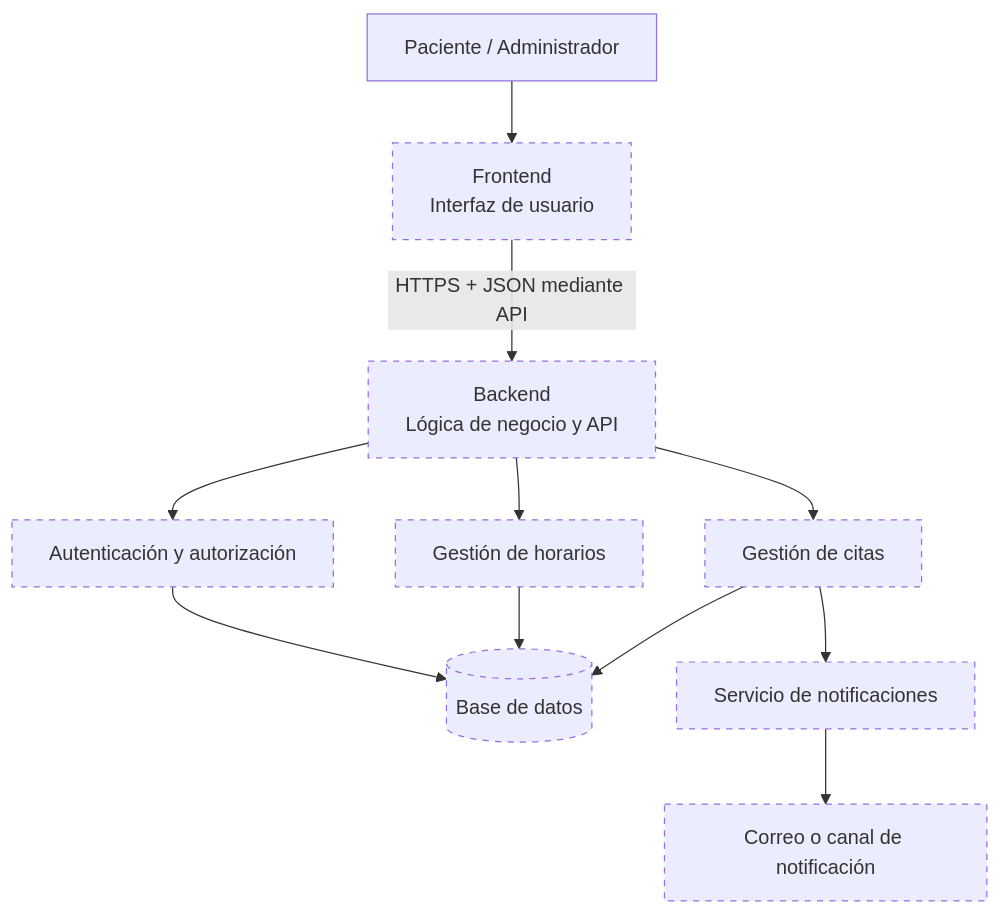
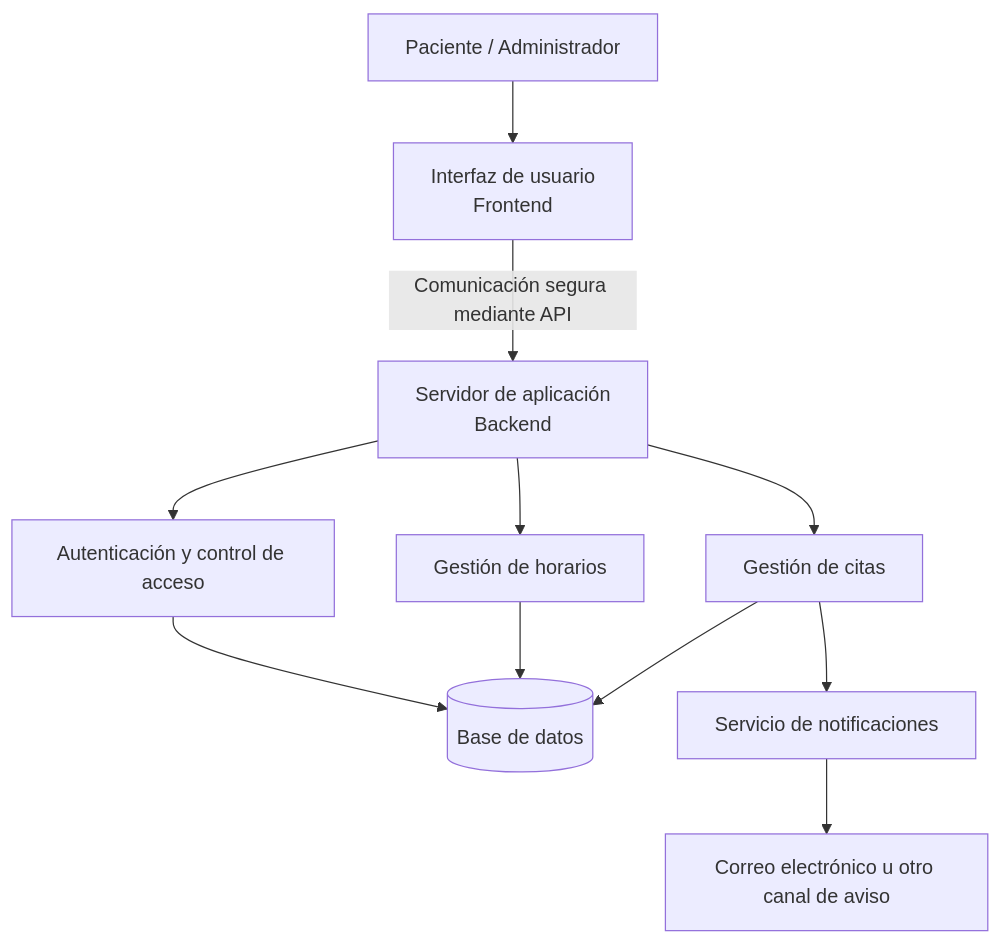
The diagram in docs/uml/05-diagrama-de-arquitectura.mmd (AlanRGG/sistema-citas-medicas), drawn with Mermaid before and after one commit.

Commit message:
docs: traducir diagrama de arquitectura al español

```diff
--- a/docs/uml/05-diagrama-de-arquitectura.mmd
+++ b/docs/uml/05-diagrama-de-arquitectura.mmd
@@ -1,14 +1,11 @@
 flowchart TB
-    U[Paciente / Administrador] --> UI[Frontend<br/>Interfaz de usuario]
-    UI -->|HTTPS + JSON mediante API| API[Backend<br/>Lógica de negocio y API]
-    API --> AUTH[Autenticación y autorización]
+    U[Paciente / Administrador] --> UI[Interfaz de usuario<br/>Frontend]
+    UI -->|Comunicación segura mediante API| API[Servidor de aplicación<br/>Backend]
+    API --> AUTH[Autenticación y control de acceso]
     API --> CITAS[Gestión de citas]
     API --> HOR[Gestión de horarios]
     CITAS --> DB[(Base de datos)]
     HOR --> DB
     AUTH --> DB
     CITAS --> NOTI[Servicio de notificaciones]
-    NOTI --> EXT[Correo o canal de notificación]
-
-    classDef pending stroke-dasharray: 5 5
-    class UI,API,AUTH,CITAS,HOR,DB,NOTI,EXT pending
+    NOTI --> EXT[Correo electrónico u otro canal de aviso]
```
